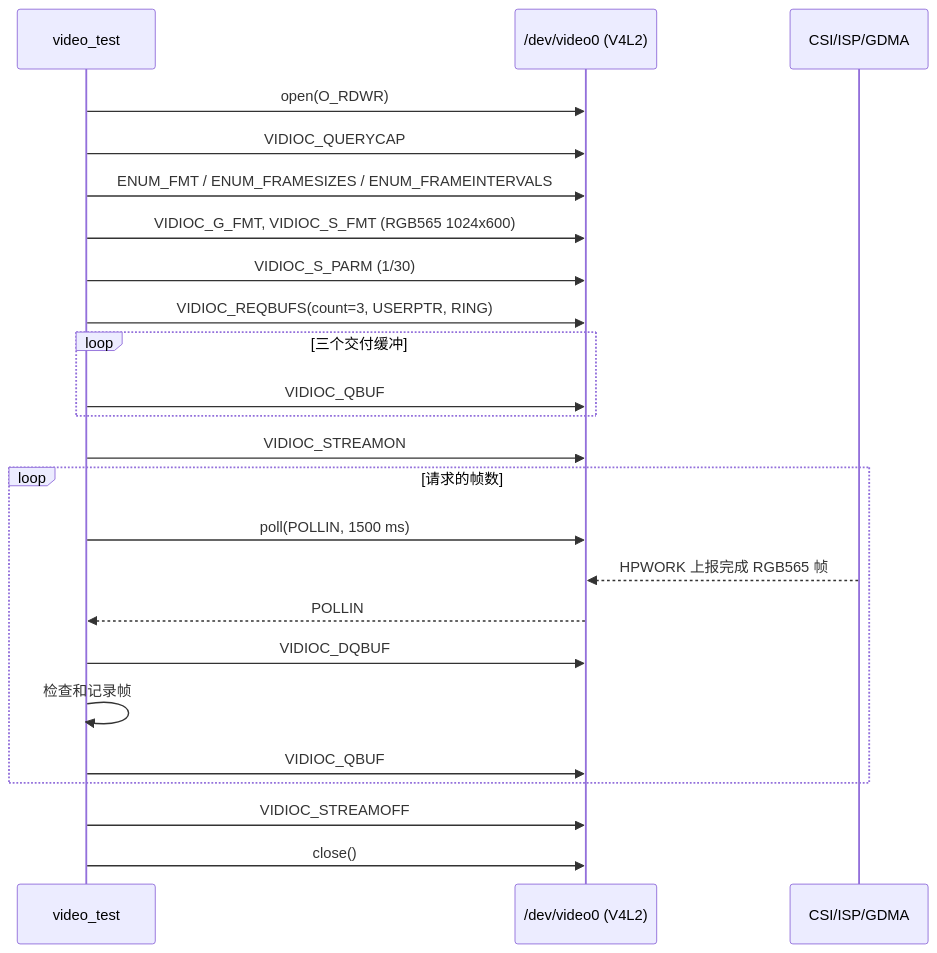
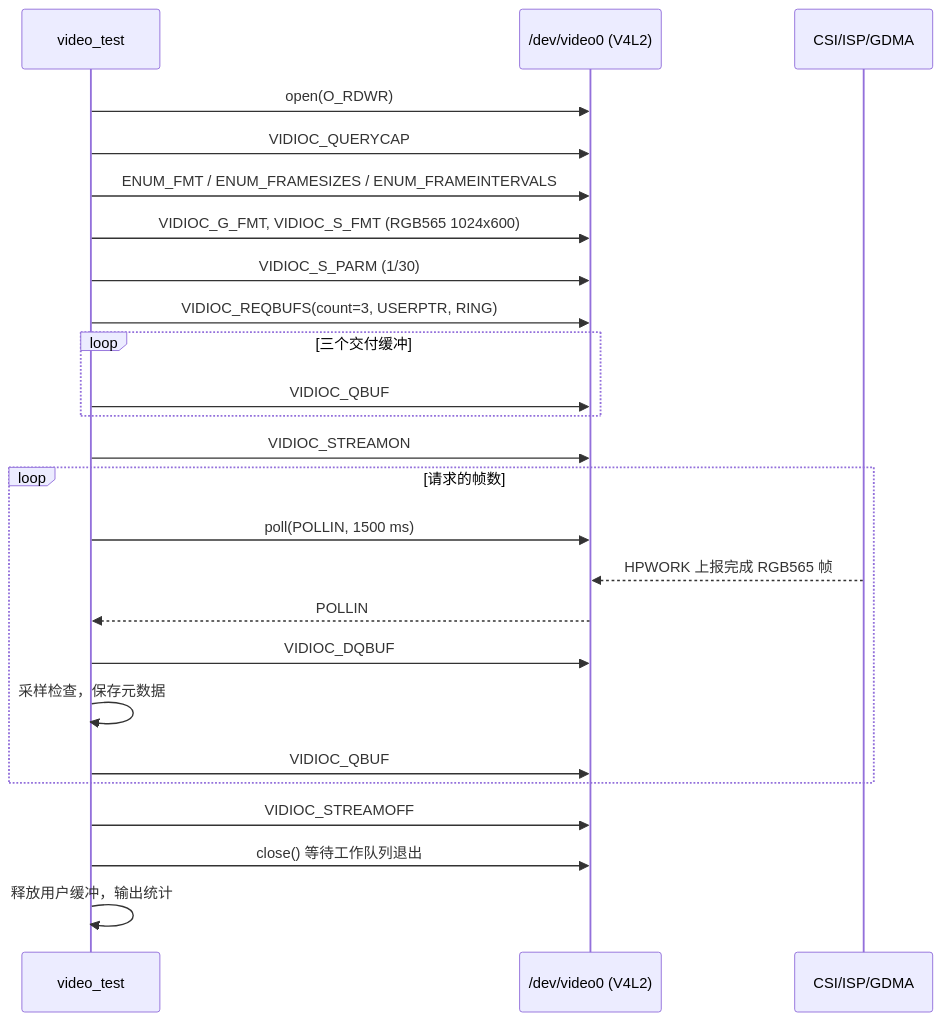
The diagram in docs/开发日志/应用/ESP32-P4X-video_test实现方案.md (ARongvv/contest2026_031_niudanxianqianchong), drawn with Mermaid before and after one commit. The commit also changed other lines of this file and 10 other files, not shown here.

````diff
--- a/docs/开发日志/应用/ESP32-P4X-video_test实现方案.md
+++ b/docs/开发日志/应用/ESP32-P4X-video_test实现方案.md
@@ -83,27 +87,28 @@
 ```mermaid
 sequenceDiagram
   participant T as video_test
   participant V as /dev/video0 (V4L2)
   participant D as CSI/ISP/GDMA
 
   T->>V: open(O_RDWR)
   T->>V: VIDIOC_QUERYCAP
   T->>V: ENUM_FMT / ENUM_FRAMESIZES / ENUM_FRAMEINTERVALS
   T->>V: VIDIOC_G_FMT, VIDIOC_S_FMT (RGB565 1024x600)
   T->>V: VIDIOC_S_PARM (1/30)
   T->>V: VIDIOC_REQBUFS(count=3, USERPTR, RING)
   loop 三个交付缓冲
     T->>V: VIDIOC_QBUF
   end
   T->>V: VIDIOC_STREAMON
   loop 请求的帧数
     T->>V: poll(POLLIN, 1500 ms)
     D-->>V: HPWORK 上报完成 RGB565 帧
     V-->>T: POLLIN
     T->>V: VIDIOC_DQBUF
-    T->>T: 检查和记录帧
+    T->>T: 采样检查，保存元数据
     T->>V: VIDIOC_QBUF
   end
   T->>V: VIDIOC_STREAMOFF
-  T->>V: close()
+  T->>V: close() 等待工作队列退出
+  T->>T: 释放用户缓冲，输出统计
 ```
````
